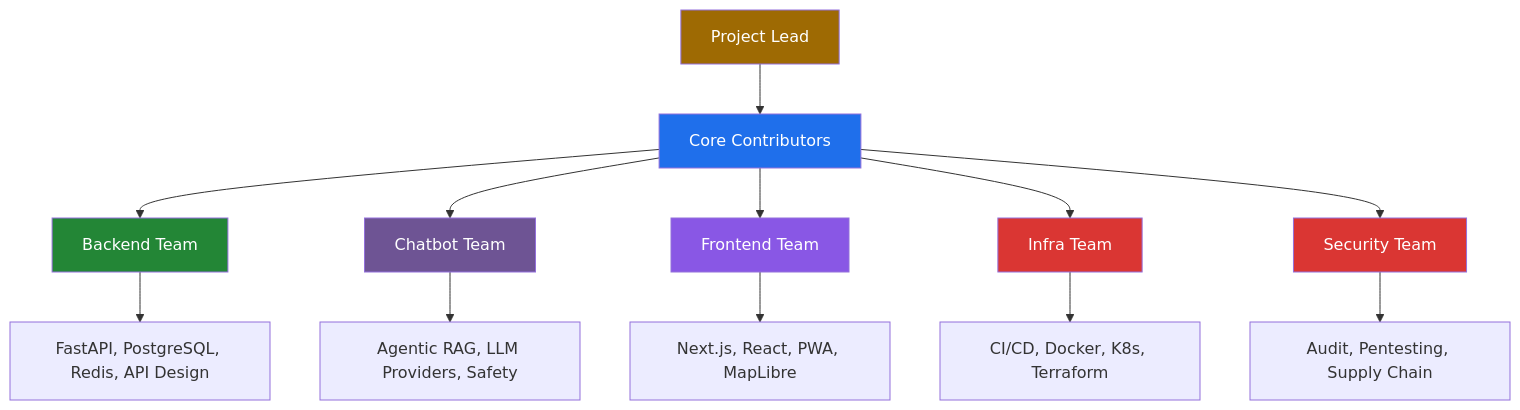
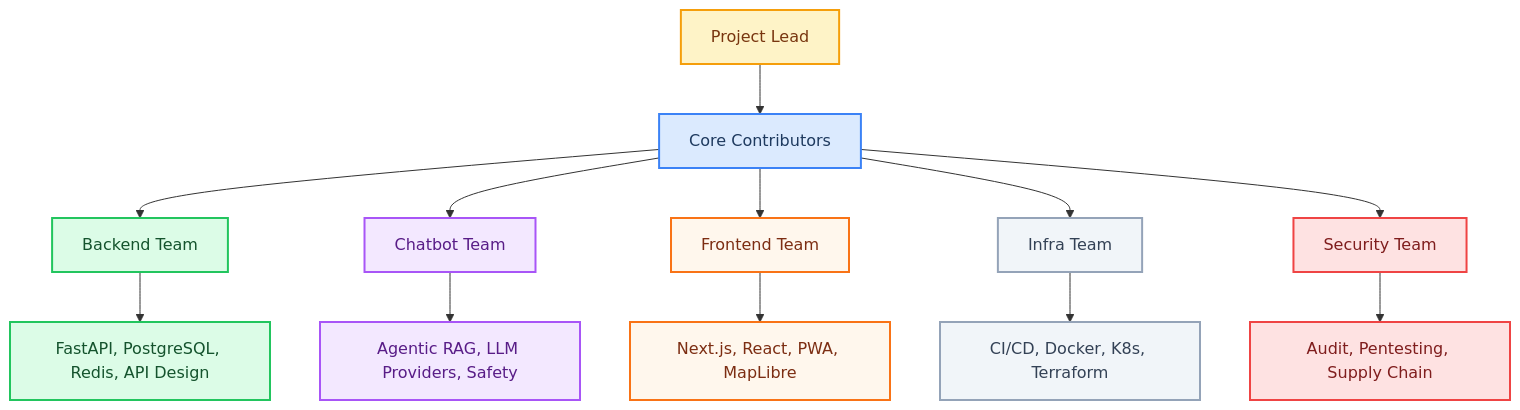
Before and after one commit to SafeVixAI/SafeVixAI: the diagram in GOVERNANCE.md, drawn with Mermaid. The commit also changed 85 other files, not shown here.

Commit message:
docs: Fix Mermaid diagrams, resolve relative link warnings, and ensure clean mkdocs build

````diff
--- a/GOVERNANCE.md
+++ b/GOVERNANCE.md
@@ -79,23 +79,31 @@
 ```mermaid
 flowchart TB
-    PL[Project Lead] --> CC[Core Contributors]
-    CC --> BE[Backend Team]
-    CC --> CB[Chatbot Team]
-    CC --> FE[Frontend Team]
-    CC --> INF[Infra Team]
-    CC --> SEC[Security Team]
+    PL["Project Lead"] --> CC["Core Contributors"]
+    CC --> BE["Backend Team"]
+    CC --> CB["Chatbot Team"]
+    CC --> FE["Frontend Team"]
+    CC --> INF["Infra Team"]
+    CC --> SEC["Security Team"]
 
     BE --> BE1["FastAPI, PostgreSQL, Redis, API Design"]
     CB --> CB1["Agentic RAG, LLM Providers, Safety"]
     FE --> FE1["Next.js, React, PWA, MapLibre"]
     INF --> INF1["CI/CD, Docker, K8s, Terraform"]
     SEC --> SEC1["Audit, Pentesting, Supply Chain"]
 
-    style PL fill:#9e6a03,color:#fff
-    style CC fill:#1f6feb,color:#fff
-    style BE fill:#238636,color:#fff
-    style CB fill:#6e5494,color:#fff
-    style FE fill:#8957e5,color:#fff
-    style INF fill:#da3633,color:#fff
-    style SEC fill:#da3633,color:#fff
+    classDef lead fill:#fef3c7,stroke:#f59e0b,stroke-width:2px,color:#78350f
+    classDef core fill:#dbeafe,stroke:#3b82f6,stroke-width:2px,color:#1e3a5f
+    classDef backend fill:#dcfce7,stroke:#22c55e,stroke-width:2px,color:#14532d
+    classDef ai fill:#f3e8ff,stroke:#a855f7,stroke-width:2px,color:#581c87
+    classDef frontend fill:#fff7ed,stroke:#f97316,stroke-width:2px,color:#7c2d12
+    classDef infra fill:#f1f5f9,stroke:#94a3b8,stroke-width:2px,color:#334155
+    classDef security fill:#fee2e2,stroke:#ef4444,stroke-width:2px,color:#7f1d1d
+
+    class PL lead
+    class CC core
+    class BE,BE1 backend
+    class CB,CB1 ai
+    class FE,FE1 frontend
+    class INF,INF1 infra
+    class SEC,SEC1 security
 ```
````
